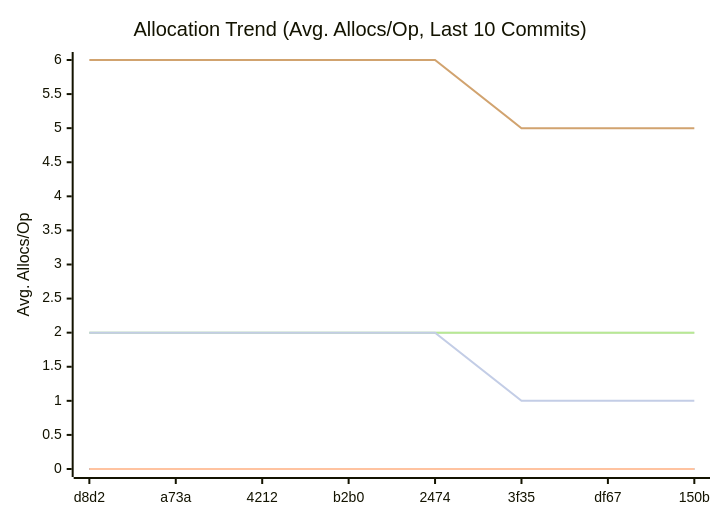
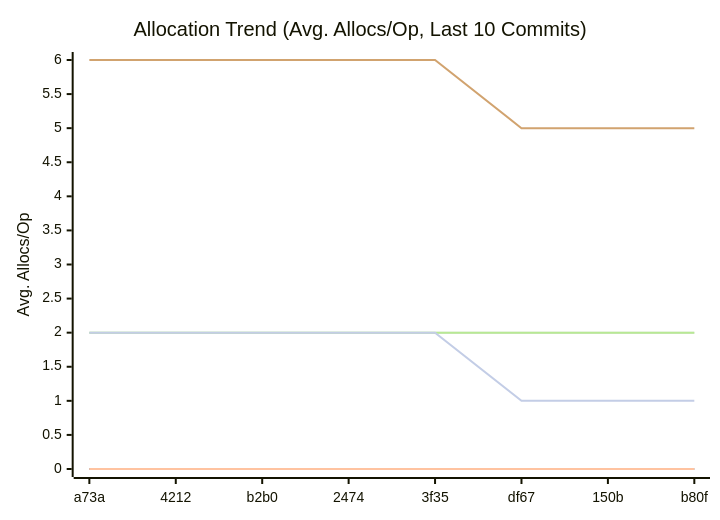
Before and after one commit to alsotoes/momo: the third of 3 diagrams in docs/README.md, drawn with Mermaid. The commit also changed other lines of this file and 1 other file, not shown here.

````diff
--- a/docs/README.md
+++ b/docs/README.md
@@ -172,14 +172,14 @@
 ```mermaid
 xychart-beta
     title "Allocation Trend (Avg. Allocs/Op, Last 10 Commits)"
     x-axis "Commit"
     y-axis "Avg. Allocs/Op"
-    x-axis [d8d2,a73a,4212,b2b0,2474,3f35,df67,150b]
+    x-axis [a73a,4212,b2b0,2474,3f35,df67,150b,b80f]
     line "CheckMetricsAndSwap" [0,0,0,0,0,0,0,0,0,0]
     line "IndexDirectTracking" [0,0,0,0,0,0,0,0,0,0]
     line "IndexSearch" [0,0,0,0,0,0,0,0,0,0]
     line "LoadGlobalConfig" [2,2,2,2,2,2,2,2,2,2]
-    line "PadString" [2,2,2,2,2,2,2,2,2,1]
+    line "PadString" [2,2,2,2,2,2,2,2,1,1]
     line "ParseReplicationOrder_NoPrealloc" [6,6,6,6,6,5,5,5,5,5]
     line "ParseReplicationOrder_Prealloc" [2,2,2,2,2,1,1,1,1,1]
 ```
````
